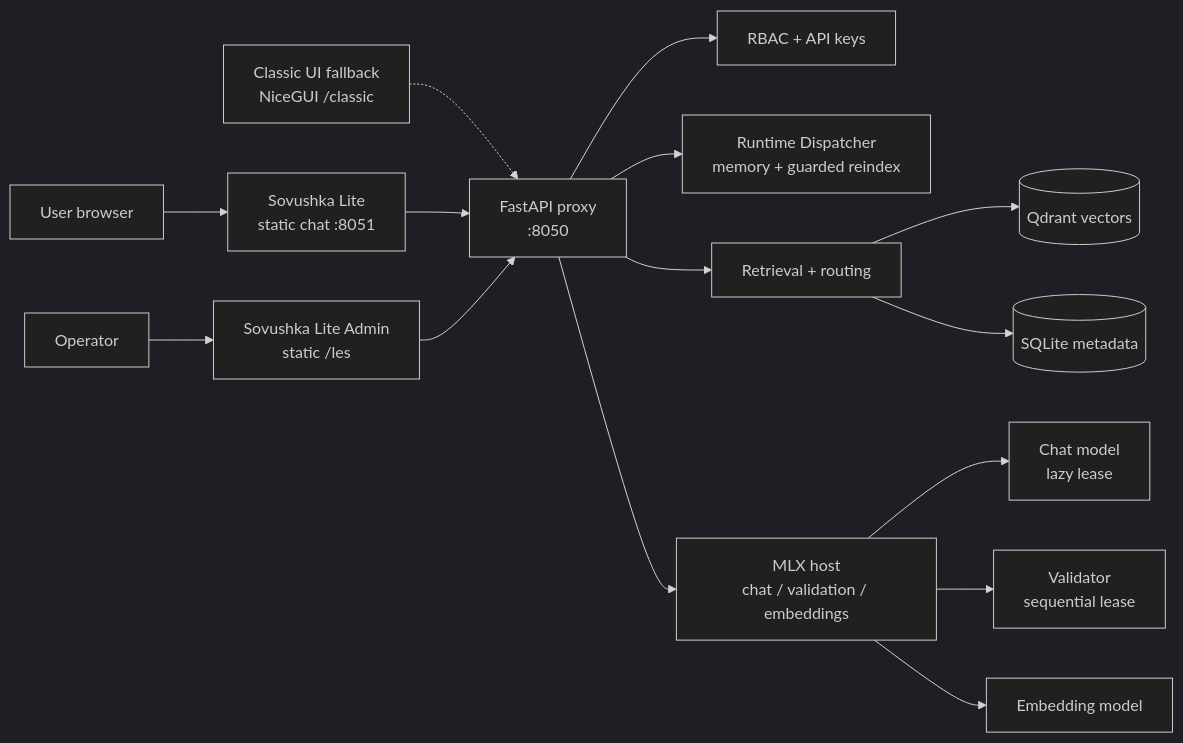
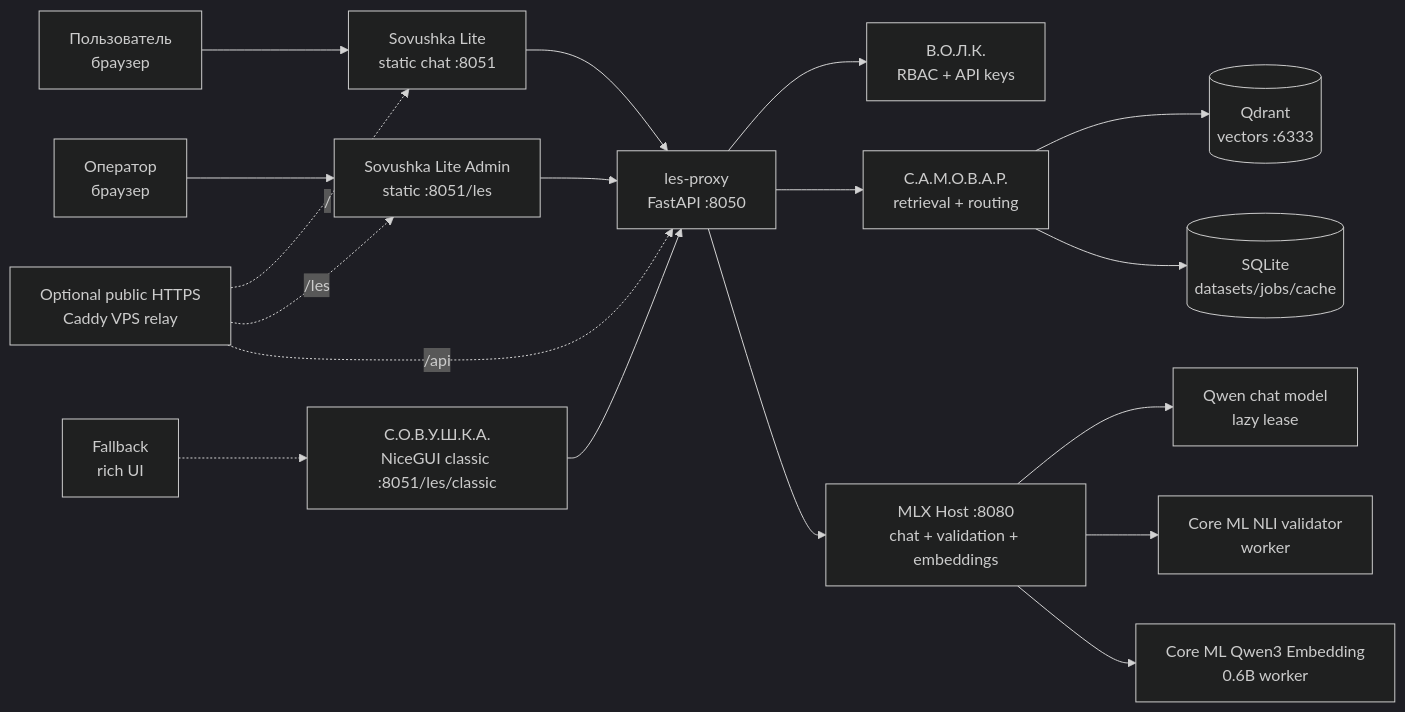
The first of 3 diagrams in README.md (proovcme/les_rag_public), drawn with Mermaid (dark theme) before and after one commit. The commit also changed other lines of this file and 167 other files, not shown here.

Commit message:
feat: release v3.6.0 — Core ML runtime closeout, memory watchdog & advanced domain retrieval

````diff
--- a/README.md
+++ b/README.md
@@ -63,17 +33,21 @@
 ```mermaid
 flowchart LR
-    User[User browser] --> Lite[Sovushka Lite<br/>static chat :8051]
-    Admin[Operator] --> AdminUI[Sovushka Lite Admin<br/>static /les]
-    Classic[Classic UI fallback<br/>NiceGUI /classic] -.-> Proxy
-    Lite --> Proxy[FastAPI proxy<br/>:8050]
-    AdminUI --> Proxy
-    Proxy --> Auth[RBAC + API keys]
-    Proxy --> Dispatcher[Runtime Dispatcher<br/>memory + guarded reindex]
-    Proxy --> RAG[Retrieval + routing]
-    RAG --> Qdrant[(Qdrant vectors)]
-    RAG --> Meta[(SQLite metadata)]
-    Proxy --> MLX[MLX host<br/>chat / validation / embeddings]
-    MLX --> Main[Chat model<br/>lazy lease]
-    MLX --> Val[Validator<br/>sequential lease]
-    MLX --> Emb[Embedding model]
+    User[Пользователь<br/>браузер] --> Lite[Sovushka Lite<br/>static chat :8051]
+    Admin[Оператор<br/>браузер] --> AdminLite[Sovushka Lite Admin<br/>static :8051/les]
+    Classic[Fallback<br/>rich UI] -.-> UI[С.О.В.У.Ш.К.А.<br/>NiceGUI classic :8051/les/classic]
+    Lite --> Proxy[les-proxy<br/>FastAPI :8050]
+    AdminLite --> Proxy
+    UI --> Proxy
+    Proxy --> Auth[В.О.Л.К.<br/>RBAC + API keys]
+    Proxy --> RAG[С.А.М.О.В.А.Р.<br/>retrieval + routing]
+    RAG --> Qdrant[(Qdrant<br/>vectors :6333)]
+    RAG --> Meta[(SQLite<br/>datasets/jobs/cache)]
+    Proxy --> MLX[MLX Host :8080<br/>chat + validation + embeddings]
+    MLX --> Main[Qwen chat model<br/>lazy lease]
+    MLX --> Val[Core ML NLI validator<br/>worker]
+    MLX --> Embed[Core ML Qwen3 Embedding<br/>0.6B worker]
+
+    Public[Optional public HTTPS<br/>Caddy VPS relay] -. / .-> Lite
+    Public -. /les .-> AdminLite
+    Public -. /api .-> Proxy
 ```
````
